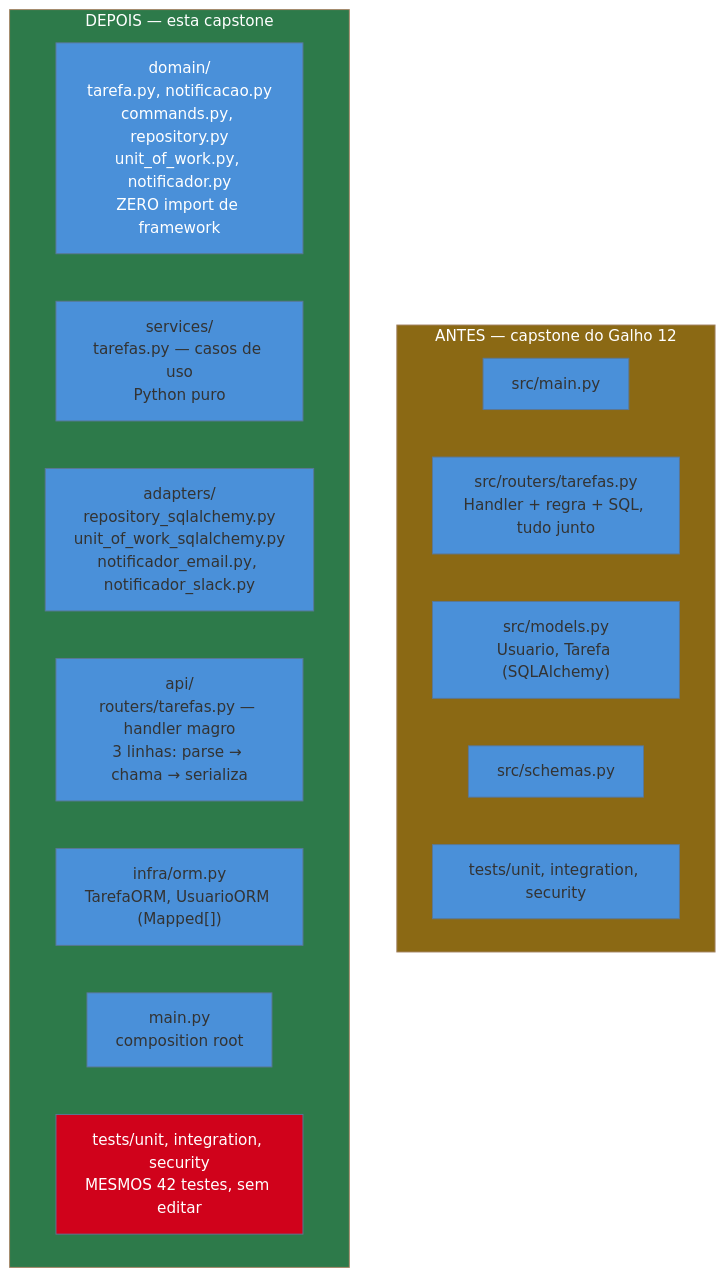
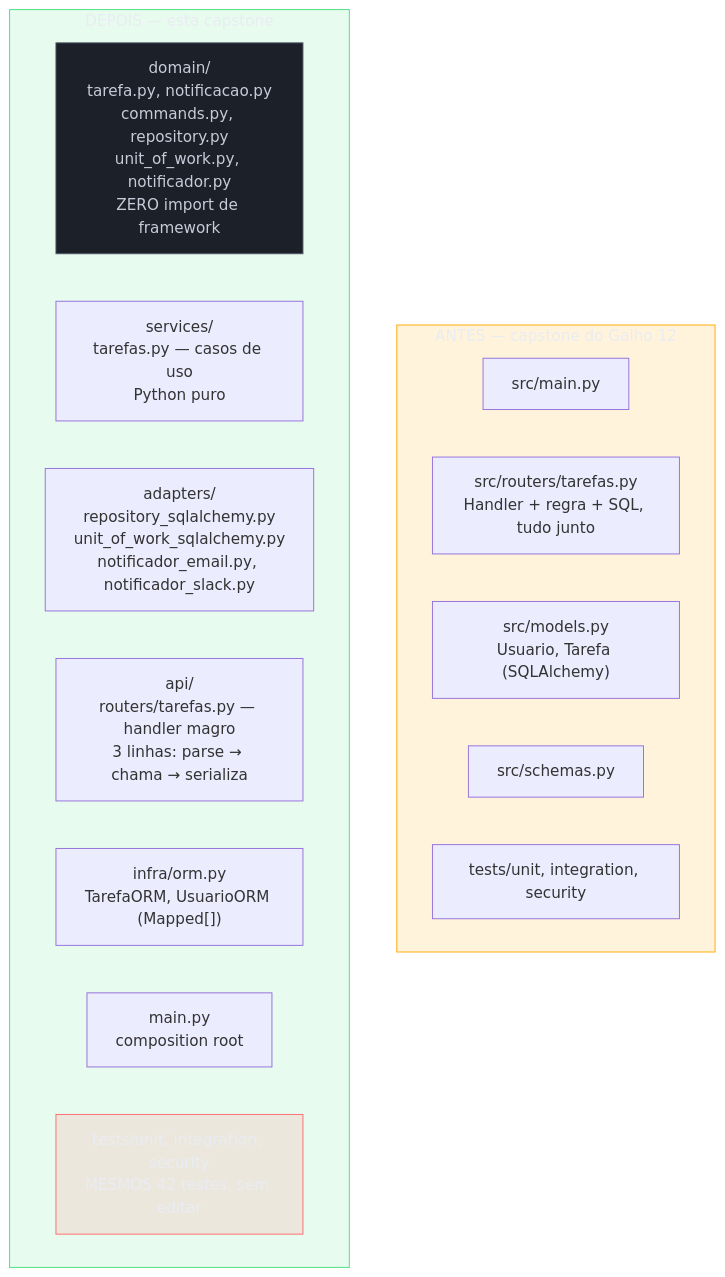
The second of 4 diagrams in 03-Dominios/Tecnologia/Python/Arquitetura e Design Patterns/08 - Capstone — refatorando a API de Tarefas pra arquitetura hexagonal.md (josenaldo/codex-technomanticus), drawn with Mermaid before and after one commit. The commit also changed other lines of this file and 1181 other files, not shown here.

First line of the commit message:
fix(diagramas): paleta do sistema no lugar de cor cravada no markdown

````diff
--- a/03-Dominios/Tecnologia/Python/Arquitetura e Design Patterns/08 - Capstone — refatorando a API de Tarefas pra arquitetura hexagonal.md
+++ b/03-Dominios/Tecnologia/Python/Arquitetura e Design Patterns/08 - Capstone — refatorando a API de Tarefas pra arquitetura hexagonal.md
@@ -64,26 +66,29 @@
 ```mermaid
-%%{init: {"theme": "base", "themeVariables": {"primaryColor": "#4A90D9"}}}%%
 flowchart TB
+    classDef destaque fill:#FFAA0024,stroke:#FFAA00,color:#E9ECF2
+    classDef ok fill:#4ADE8021,stroke:#4ADE80,color:#E9ECF2
+    classDef neutro fill:#1B2029,stroke:#4E5666,color:#C6CCD8
+    classDef falha fill:#FF6B6B24,stroke:#FF6B6B,color:#E9ECF2
     subgraph Antes["ANTES — capstone do Galho 12"]
         A1["src/main.py"]
         A2["src/routers/tarefas.py\nHandler + regra + SQL, tudo junto"]
         A3["src/models.py\nUsuario, Tarefa (SQLAlchemy)"]
         A4["src/schemas.py"]
         A5["tests/unit, integration, security"]
     end
 
     subgraph Depois["DEPOIS — esta capstone"]
         D1["domain/\ntarefa.py, notificacao.py\ncommands.py, repository.py\nunit_of_work.py, notificador.py\nZERO import de framework"]
         D2["services/\ntarefas.py — casos de uso\nPython puro"]
         D3["adapters/\nrepository_sqlalchemy.py\nunit_of_work_sqlalchemy.py\nnotificador_email.py, notificador_slack.py"]
         D4["api/\nrouters/tarefas.py — handler magro\n3 linhas: parse → chama → serializa"]
         D5["infra/orm.py\nTarefaORM, UsuarioORM (Mapped[])"]
         D6["main.py\ncomposition root"]
         D7["tests/unit, integration, security\nMESMOS 42 testes, sem editar"]
     end
 
-    style Antes fill:#8b6914,color:#fff
-    style Depois fill:#2d7a4a,color:#fff
-    style D1 fill:#4A90D9,color:#fff
-    style D7 fill:#D0021B,color:#fff
+    class Antes destaque
+    class Depois ok
+    class D1 neutro
+    class D7 falha
 ```
````
